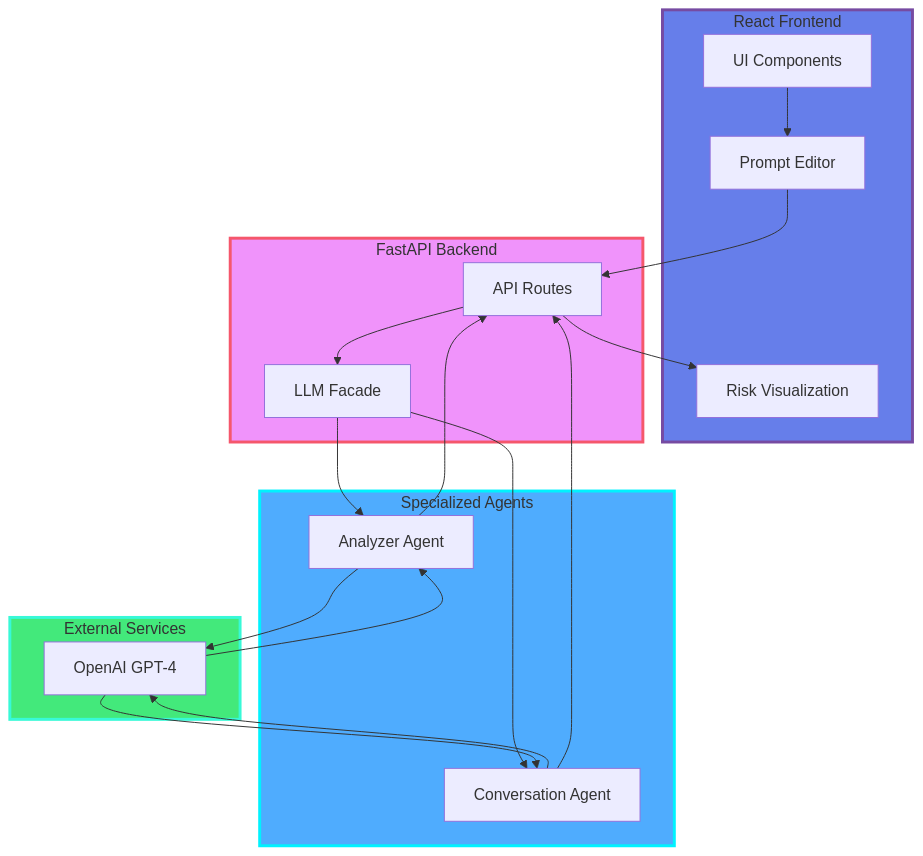
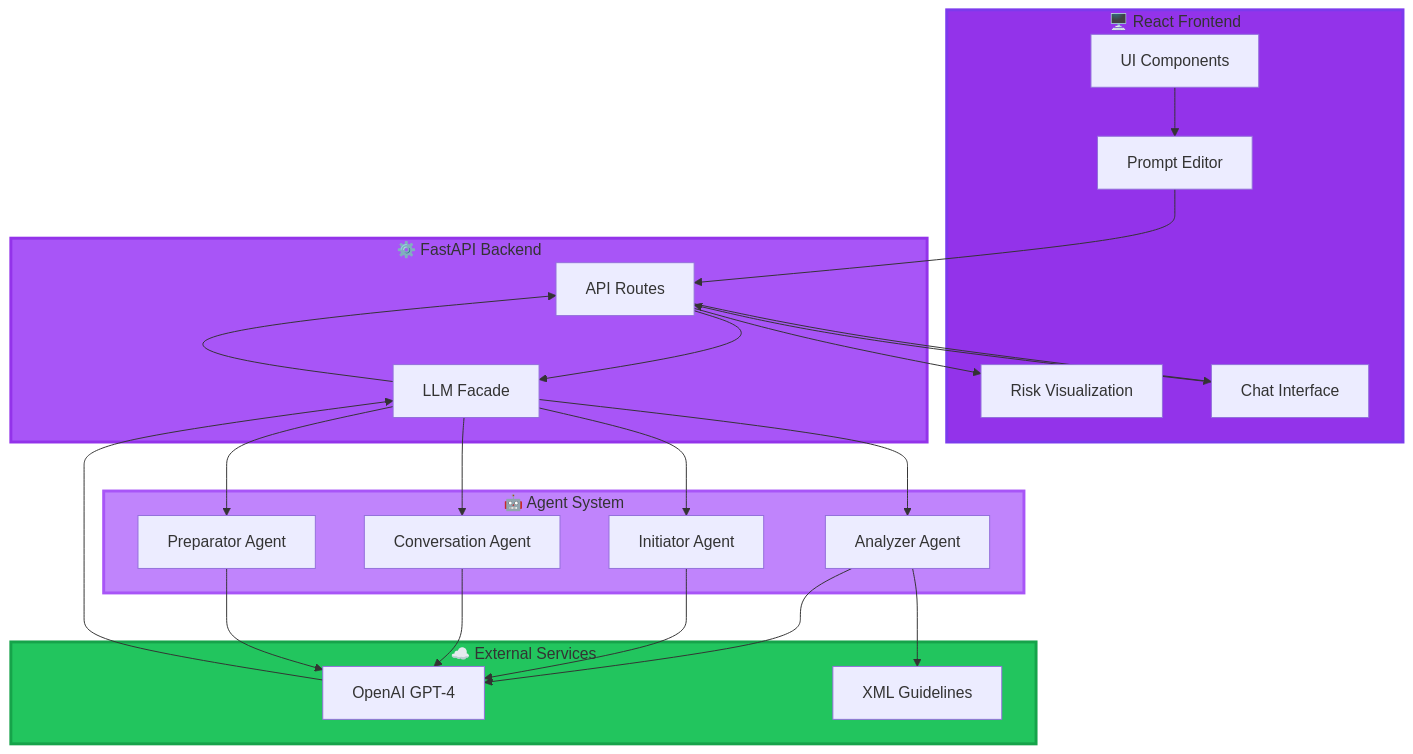
The second of 2 diagrams in README.md (MoNejjar/echo-hallucination-detect), drawn with Mermaid before and after one commit. The commit also changed other lines of this file and 5 other files, not shown here.

````diff
--- a/README.md
+++ b/README.md
@@ -234,40 +450,49 @@
 ```mermaid
 flowchart TB
-    subgraph Client[React Frontend]
+    subgraph Client["🖥️ React Frontend"]
         UI[UI Components]
         Editor[Prompt Editor]
         Viz[Risk Visualization]
+        Chat[Chat Interface]
     end
     
-    subgraph Server[FastAPI Backend]
+    subgraph Server["⚙️ FastAPI Backend"]
         Routes[API Routes]
         Facade[LLM Facade]
     end
     
-    subgraph Agents[Specialized Agents]
+    subgraph Agents["🤖 Agent System"]
         Analyzer[Analyzer Agent]
+        Initiator[Initiator Agent]
         Conversation[Conversation Agent]
+        Preparator[Preparator Agent]
     end
     
-    subgraph External[External Services]
+    subgraph External["☁️ External Services"]
         OpenAI[OpenAI GPT-4]
+        Guidelines[XML Guidelines]
     end
     
     UI --> Editor
     Editor --> Routes
+    Chat --> Routes
     Routes --> Facade
     Facade --> Analyzer
+    Facade --> Initiator
     Facade --> Conversation
+    Facade --> Preparator
     Analyzer --> OpenAI
+    Analyzer --> Guidelines
+    Initiator --> OpenAI
     Conversation --> OpenAI
-    OpenAI --> Analyzer
-    OpenAI --> Conversation
-    Analyzer --> Routes
-    Conversation --> Routes
+    Preparator --> OpenAI
+    OpenAI --> Facade
+    Facade --> Routes
     Routes --> Viz
+    Routes --> Chat
     
-    style Client fill:#667eea,stroke:#764ba2,stroke-width:3px
-    style Server fill:#f093fb,stroke:#f5576c,stroke-width:3px
-    style Agents fill:#4facfe,stroke:#00f2fe,stroke-width:3px
-    style External fill:#43e97b,stroke:#38f9d7,stroke-width:3px
+    style Client fill:#9333ea,stroke:#7c3aed,stroke-width:3px
+    style Server fill:#a855f7,stroke:#9333ea,stroke-width:3px
+    style Agents fill:#c084fc,stroke:#a855f7,stroke-width:3px
+    style External fill:#22c55e,stroke:#16a34a,stroke-width:3px
 ```
````
